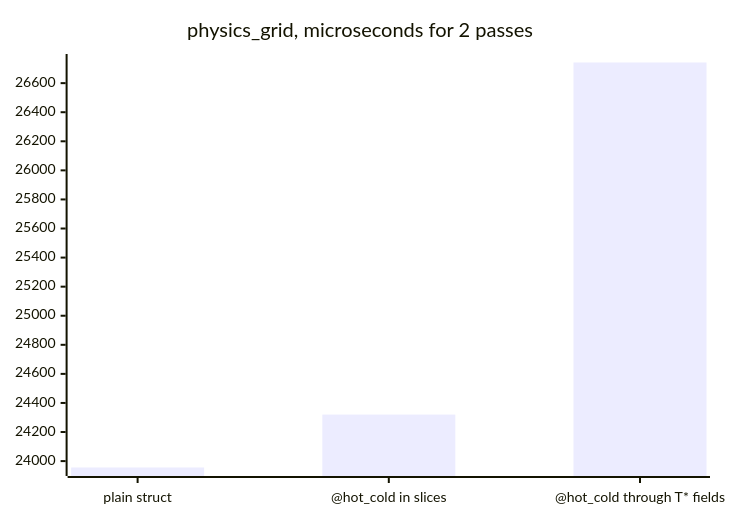
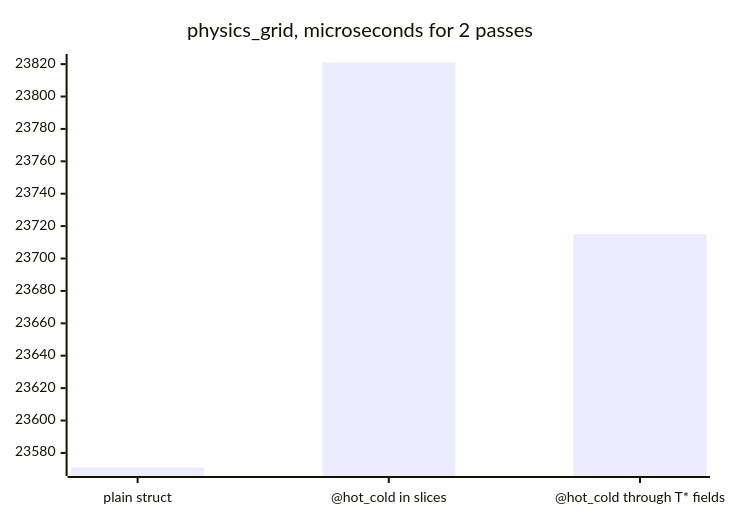
One commit to The-Mettle-Project/Mettle changed the fifth of 9 diagrams in docs/design/metaobject.md. Above: the diagram before and after it, drawn with Mermaid. The commit also changed other lines of this file and 8 other files, not shown here.

````diff
--- a/docs/design/metaobject.md
+++ b/docs/design/metaobject.md
@@ -168,6 +182,6 @@
 ```mermaid
 xychart-beta
   title "physics_grid, microseconds for 2 passes"
   x-axis ["plain struct", "@hot_cold in slices", "@hot_cold through T* fields"]
-  bar [23956, 24320, 26742]
+  bar [23571, 23821, 23715]
 ```
````
